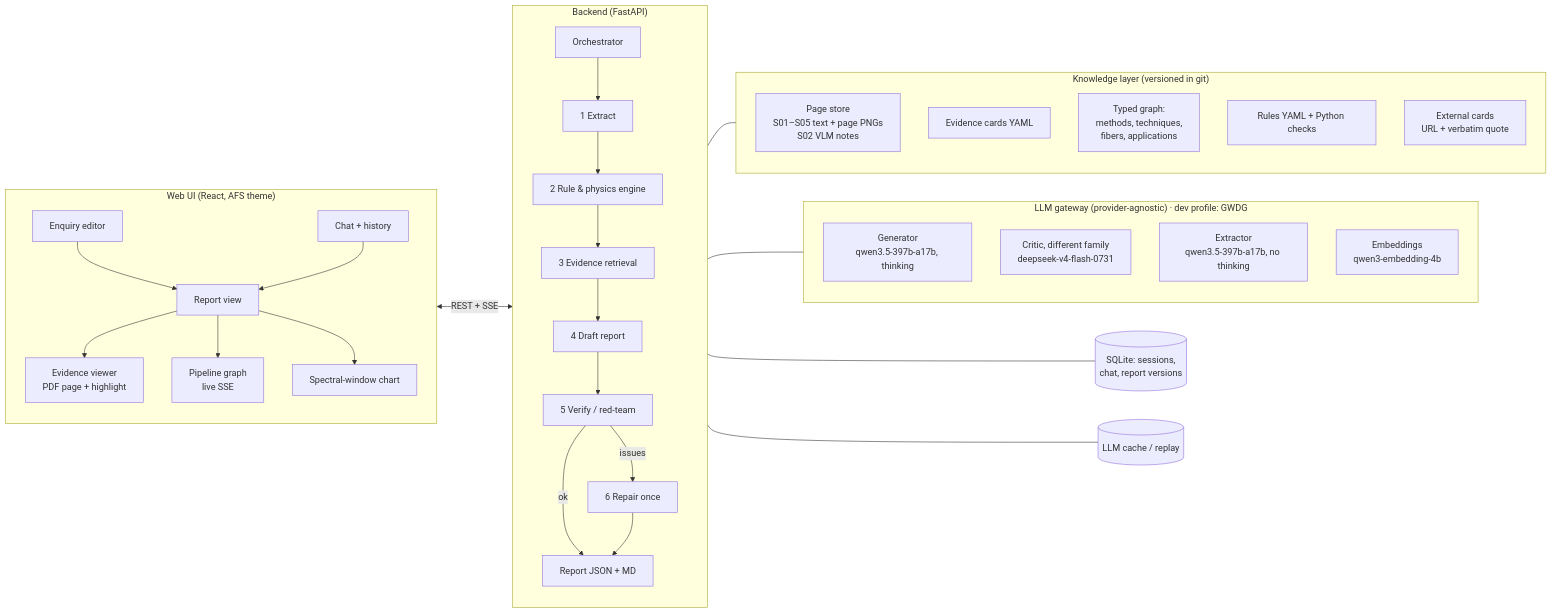
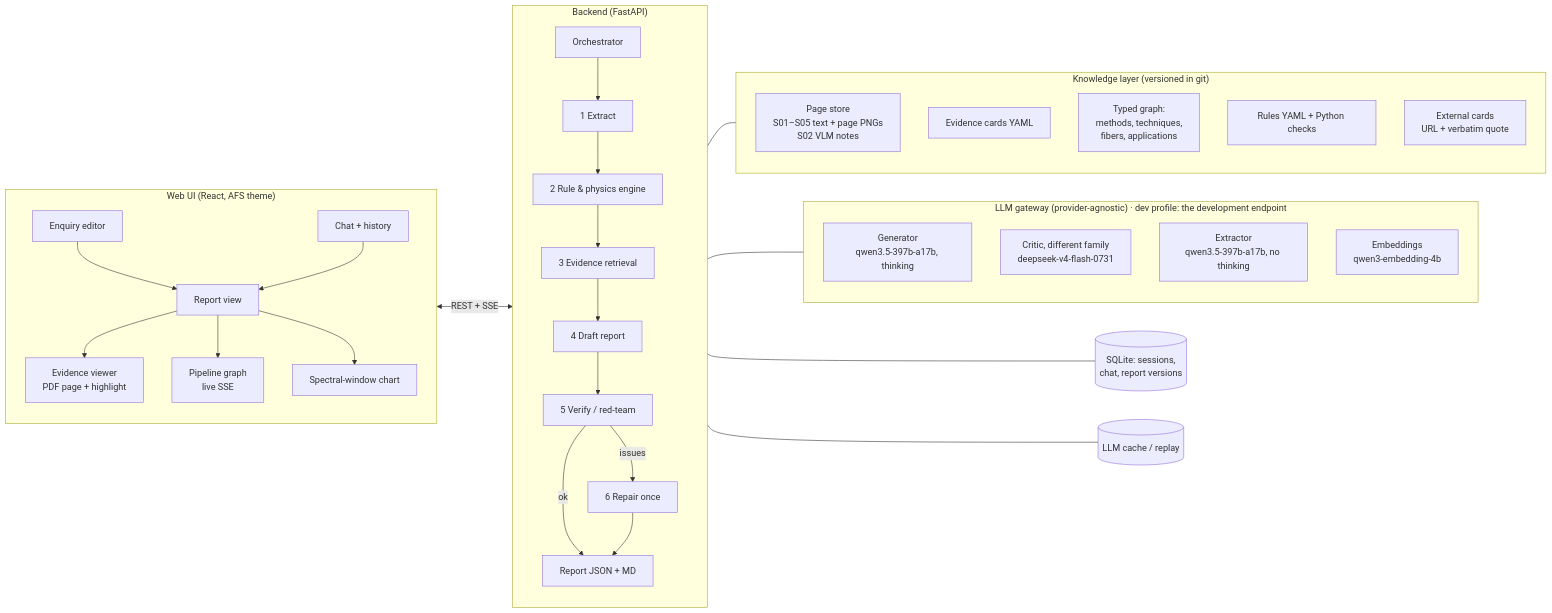
One commit to m-mahmoud-mohamed/AI-Assistant-for-In-line-Spectroscopy changed the first of 2 diagrams in docs/SOLUTION_PLAN.md. Above: the diagram before and after it, drawn with Mermaid. The commit also changed other lines of this file and 22 other files, not shown here.

````diff
--- a/docs/SOLUTION_PLAN.md
+++ b/docs/SOLUTION_PLAN.md
@@ -145,38 +145,38 @@
 ```mermaid
 flowchart LR
   subgraph UI["Web UI (React, AFS theme)"]
     E[Enquiry editor] --> RV[Report view]
     RV --> EV[Evidence viewer<br/>PDF page + highlight]
     RV --> PV[Pipeline graph<br/>live SSE]
     RV --> SW[Spectral-window chart]
     CH[Chat + history] --> RV
   end
   subgraph API["Backend (FastAPI)"]
     O[Orchestrator] --> S1[1 Extract]
     S1 --> S2[2 Rule & physics engine]
     S2 --> S3[3 Evidence retrieval]
     S3 --> S4[4 Draft report]
     S4 --> S5[5 Verify / red-team]
     S5 -->|issues| S6[6 Repair once]
     S5 -->|ok| OUT[Report JSON + MD]
     S6 --> OUT
   end
   subgraph KB["Knowledge layer (versioned in git)"]
     P[Page store<br/>S01–S05 text + page PNGs<br/>S02 VLM notes]
     C[Evidence cards YAML]
     G[Typed graph:<br/>methods, techniques,<br/>fibers, applications]
     R[Rules YAML + Python checks]
     X[External cards<br/>URL + verbatim quote]
   end
-  subgraph LLM["LLM gateway (provider-agnostic) · dev profile: GWDG"]
+  subgraph LLM["LLM gateway (provider-agnostic) · dev profile: the development endpoint"]
     M1[Generator<br/>qwen3.5-397b-a17b, thinking]
     M2[Critic, different family<br/>deepseek-v4-flash-0731]
     M3[Extractor<br/>qwen3.5-397b-a17b, no thinking]
     M4[Embeddings<br/>qwen3-embedding-4b]
   end
   UI <-->|REST + SSE| API
   API --- KB
   API --- LLM
   API --- DB[(SQLite: sessions,<br/>chat, report versions)]
   API --- CA[(LLM cache / replay)]
 ```
````
